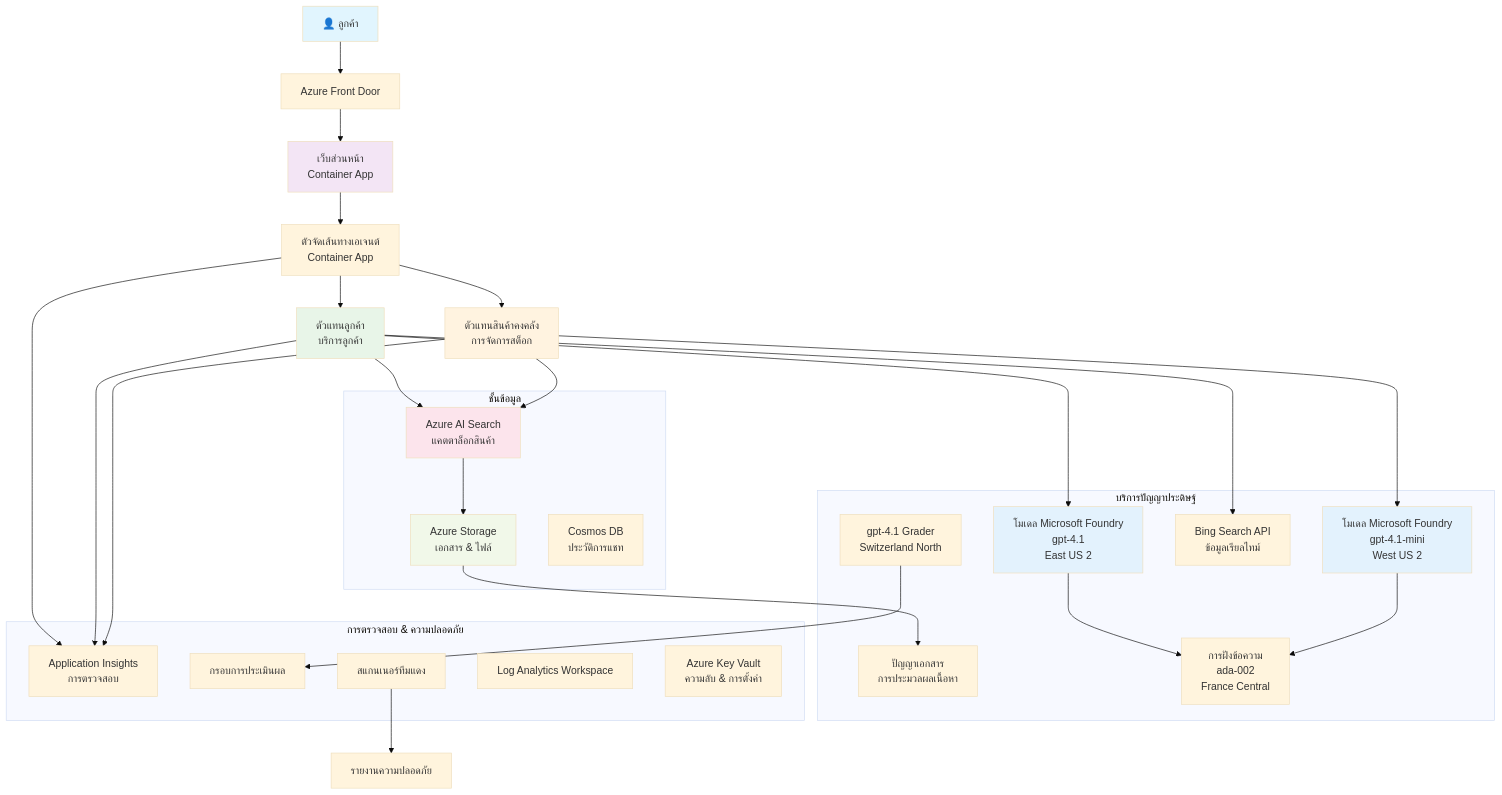
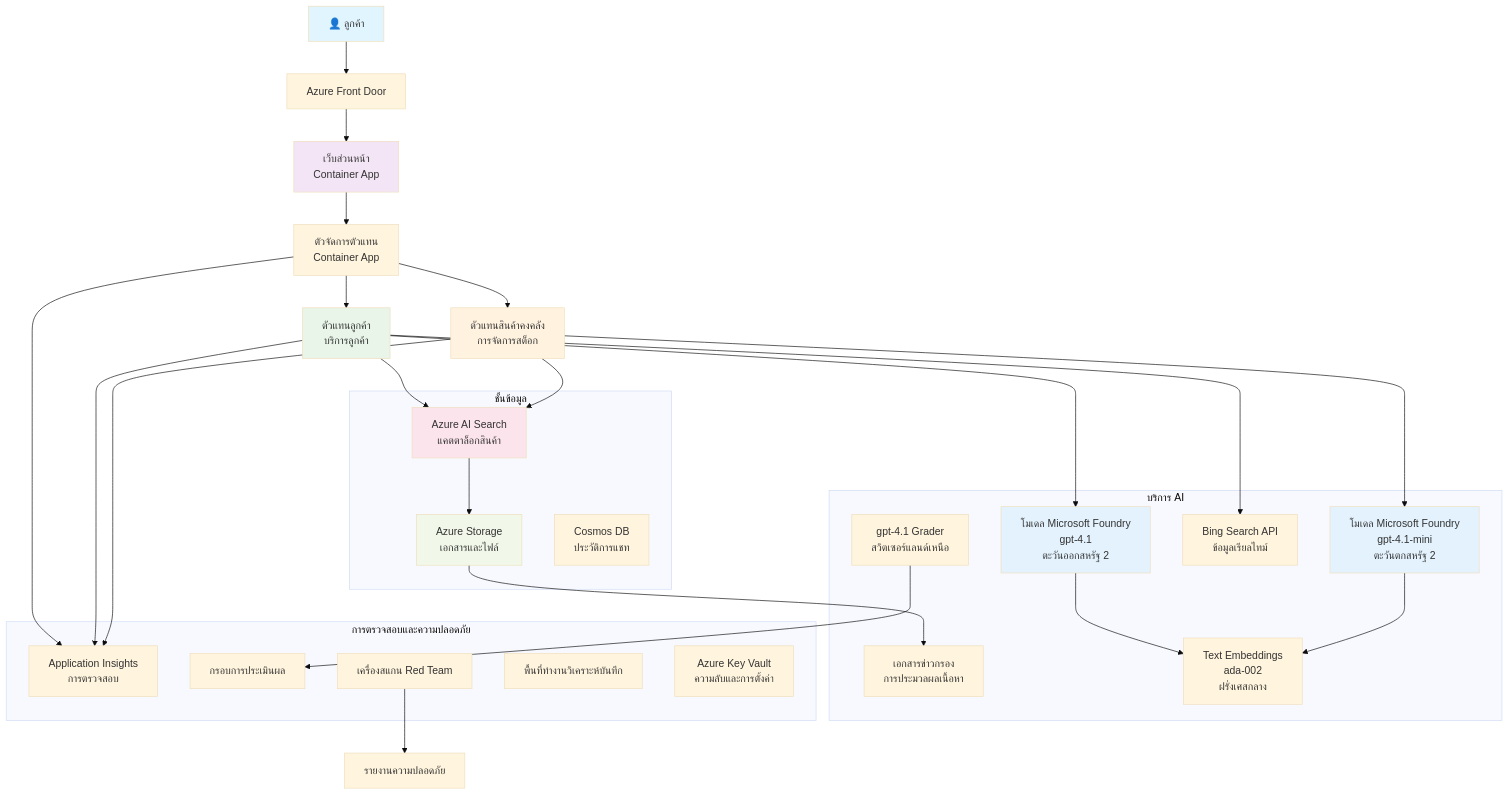
One commit to microsoft/AZD-for-beginners changed the diagram in translations/th/examples/retail-scenario.md. Above: the diagram before and after it, drawn with Mermaid (base theme). The commit also changed other lines of this file and 104 other files, not shown here.

````diff
--- a/translations/th/examples/retail-scenario.md
+++ b/translations/th/examples/retail-scenario.md
@@ -139,61 +139,61 @@
 ```mermaid
 graph TB
     User[👤 ลูกค้า] --> LB[Azure Front Door]
     LB --> WebApp[เว็บส่วนหน้า<br/>Container App]
     
-    WebApp --> Router[ตัวจัดเส้นทางเอเจนต์<br/>Container App]
+    WebApp --> Router[ตัวจัดการตัวแทน<br/>Container App]
     Router --> CustomerAgent[ตัวแทนลูกค้า<br/>บริการลูกค้า]
     Router --> InvAgent[ตัวแทนสินค้าคงคลัง<br/>การจัดการสต็อก]
     
-    CustomerAgent --> OpenAI1[โมเดล Microsoft Foundry<br/>gpt-4.1<br/>East US 2]
-    InvAgent --> OpenAI2[โมเดล Microsoft Foundry<br/>gpt-4.1-mini<br/>West US 2]
+    CustomerAgent --> OpenAI1[โมเดล Microsoft Foundry<br/>gpt-4.1<br/>ตะวันออกสหรัฐ 2]
+    InvAgent --> OpenAI2[โมเดล Microsoft Foundry<br/>gpt-4.1-mini<br/>ตะวันตกสหรัฐ 2]
     
     CustomerAgent --> AISearch[Azure AI Search<br/>แคตตาล็อกสินค้า]
     CustomerAgent --> BingSearch[Bing Search API<br/>ข้อมูลเรียลไทม์]
     InvAgent --> AISearch
     
-    AISearch --> Storage[Azure Storage<br/>เอกสาร & ไฟล์]
-    Storage --> DocIntel[ปัญญาเอกสาร<br/>การประมวลผลเนื้อหา]
+    AISearch --> Storage[Azure Storage<br/>เอกสารและไฟล์]
+    Storage --> DocIntel[เอกสารข่าวกรอง<br/>การประมวลผลเนื้อหา]
     
-    OpenAI1 --> Embeddings[การฝังข้อความ<br/>ada-002<br/>France Central]
+    OpenAI1 --> Embeddings[Text Embeddings<br/>ada-002<br/>ฝรั่งเศสกลาง]
     OpenAI2 --> Embeddings
     
     Router --> AppInsights[Application Insights<br/>การตรวจสอบ]
     CustomerAgent --> AppInsights
     InvAgent --> AppInsights
     
-    GraderModel[gpt-4.1 Grader<br/>Switzerland North] --> Evaluation[กรอบการประเมินผล]
-    RedTeam[สแกนเนอร์ทีมแดง] --> SecurityReports[รายงานความปลอดภัย]
+    GraderModel[gpt-4.1 Grader<br/>สวิตเซอร์แลนด์เหนือ] --> Evaluation[กรอบการประเมินผล]
+    RedTeam[เครื่องสแกน Red Team] --> SecurityReports[รายงานความปลอดภัย]
     
     subgraph "ชั้นข้อมูล"
         Storage
         AISearch
         CosmosDB[Cosmos DB<br/>ประวัติการแชท]
     end
     
-    subgraph "บริการปัญญาประดิษฐ์"
+    subgraph "บริการ AI"
         OpenAI1
         OpenAI2
         Embeddings
         GraderModel
         DocIntel
         BingSearch
     end
     
-    subgraph "การตรวจสอบ & ความปลอดภัย"
+    subgraph "การตรวจสอบและความปลอดภัย"
         AppInsights
-        LogAnalytics[Log Analytics Workspace]
-        KeyVault[Azure Key Vault<br/>ความลับ & การตั้งค่า]
+        LogAnalytics[พื้นที่ทำงานวิเคราะห์บันทึก]
+        KeyVault[Azure Key Vault<br/>ความลับและการตั้งค่า]
         RedTeam
         Evaluation
     end
     
     style User fill:#e1f5fe
     style WebApp fill:#f3e5f5
     style CustomerAgent fill:#e8f5e8
     style InvAgent fill:#fff3e0
     style OpenAI1 fill:#e3f2fd
     style OpenAI2 fill:#e3f2fd
     style AISearch fill:#fce4ec
     style Storage fill:#f1f8e9
-```  
+```
````
